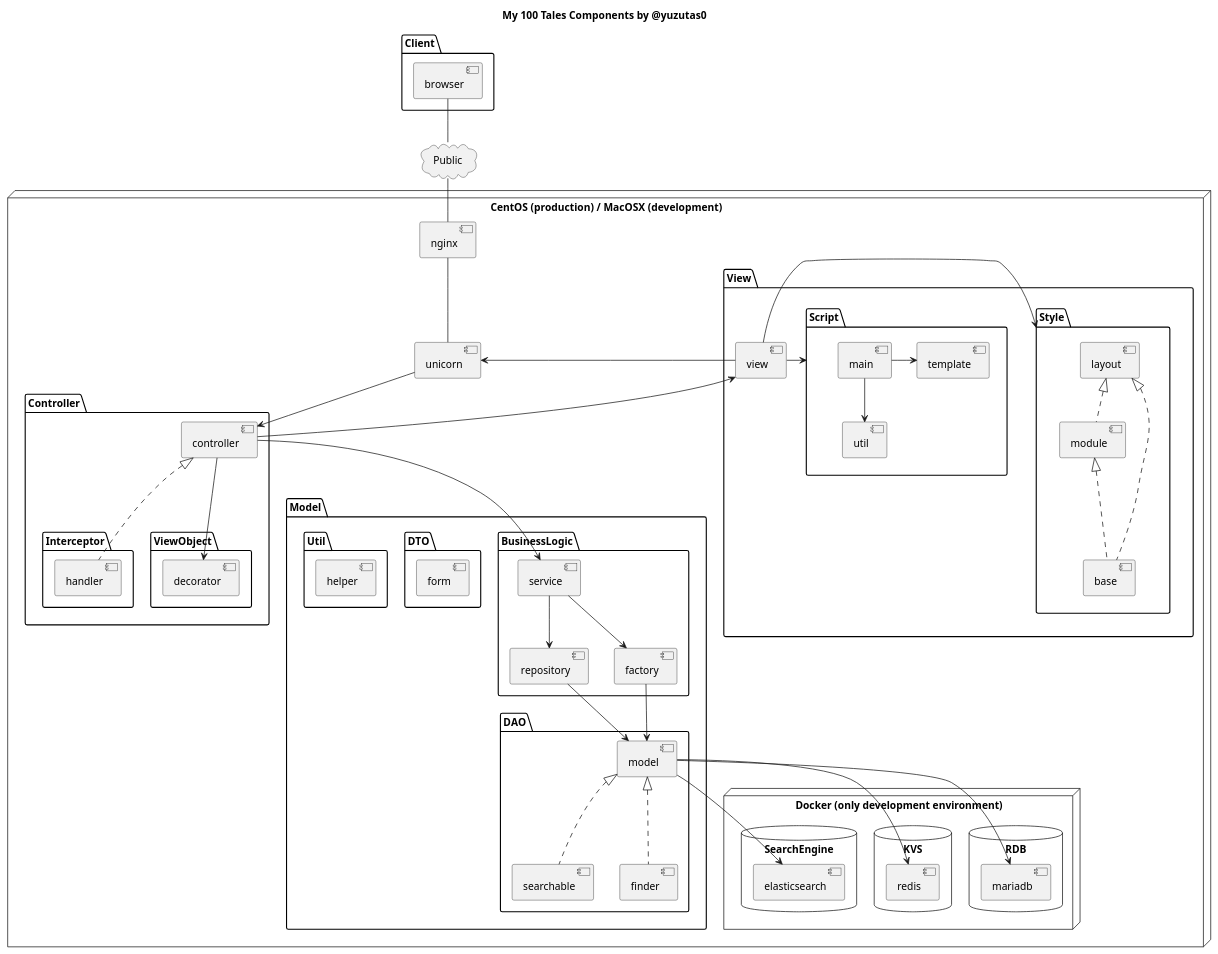
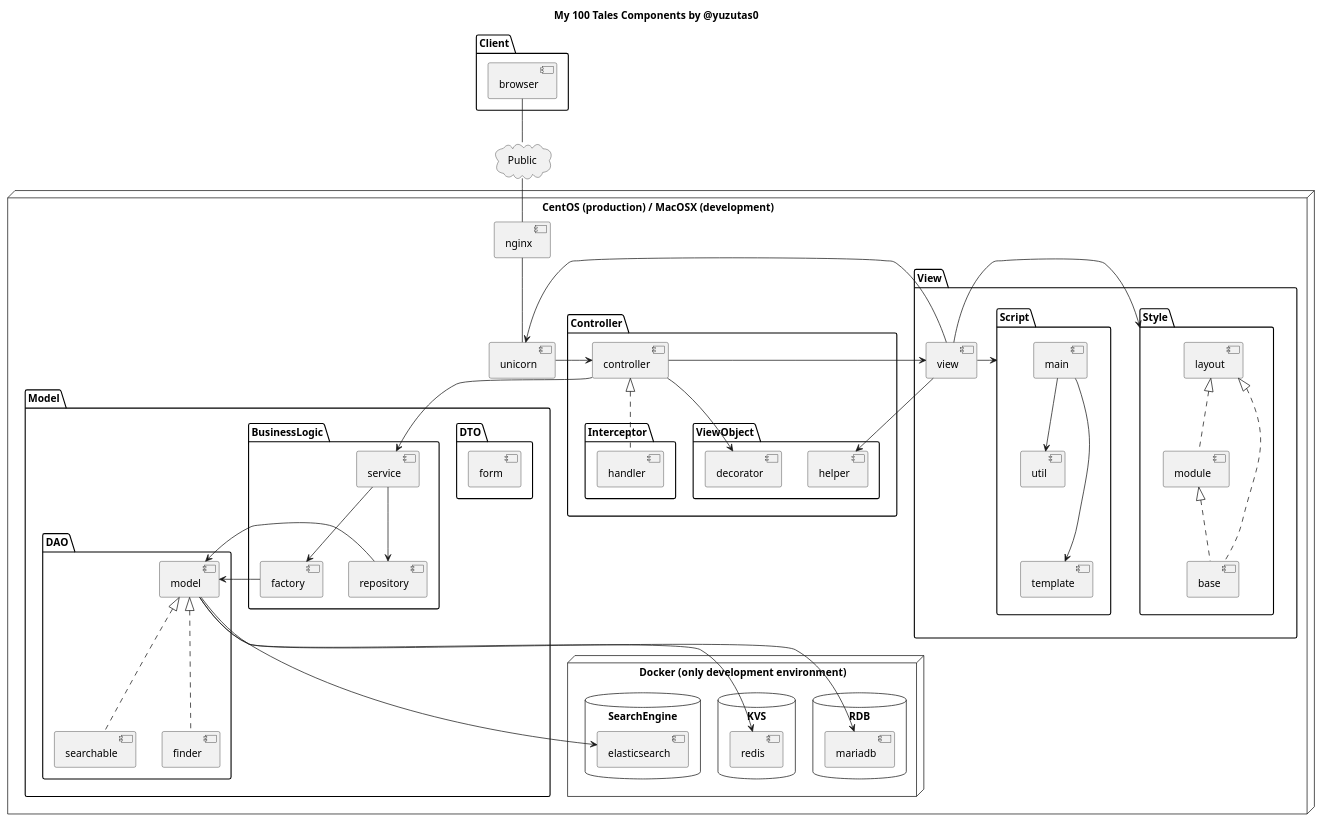
The diagram in docs/components.puml (yuzutas0/my100tales), drawn with PlantUML before and after one commit. The commit also changed 1 other file, not shown here.

```diff
--- a/docs/components.puml
+++ b/docs/components.puml
@@ -9,88 +9,85 @@
 @startuml
 
 title My 100 Tales Components by @yuzutas0
 
 package "Client" {
   [browser]
 }
 
 cloud Public {
   browser -- Public
 }
 
 node "CentOS (production) / MacOSX (development)" {
   Public -- [nginx]
   nginx -- [unicorn]
 
   package "View" {
     [view] -> unicorn
 
     package "Style" {
       view -> Style
       [layout] <|.. [module]
       layout <|.. [base]
       module <|.. base
     }
 
     package "Script" {
       view -> Script
       [main] --> [util]
-      [main] -> [template]
+      main ---> [template]
     }
   }
 
   package "Controller" {
-    unicorn --> [controller]
-    controller --> view
+    unicorn -> [controller]
+    controller -> view
 
     package "Interceptor" {
       controller <|.. [handler]
     }
 
     package "ViewObject" {
+      view --> [helper]
       controller --> [decorator]
     }
   }
 
   package "Model" {
+
+    package "DTO" {
+      [form]
+    }
 
     package "BusinessLogic" {
       controller --> [service]
       service --> [repository]
       service --> [factory]
     }
 
     package "DAO" {
       [model]
       model <|.. [searchable]
       model <|.. [finder]
-      factory --> model
-      repository --> model
-    }
-
-    package "DTO" {
-      [form]
-    }
-
-    package "Util" {
-      [helper]
+      factory -> model
+      repository -> model
     }
   }
 
   node "Docker (only development environment)" {
 
     database "RDB" {
       model --> [mariadb]
     }
 
     database "KVS" {
       model --> [redis]
     }
 
     database "SearchEngine" {
       model --> [elasticsearch]
     }
   }
 }
 
 @enduml
```
